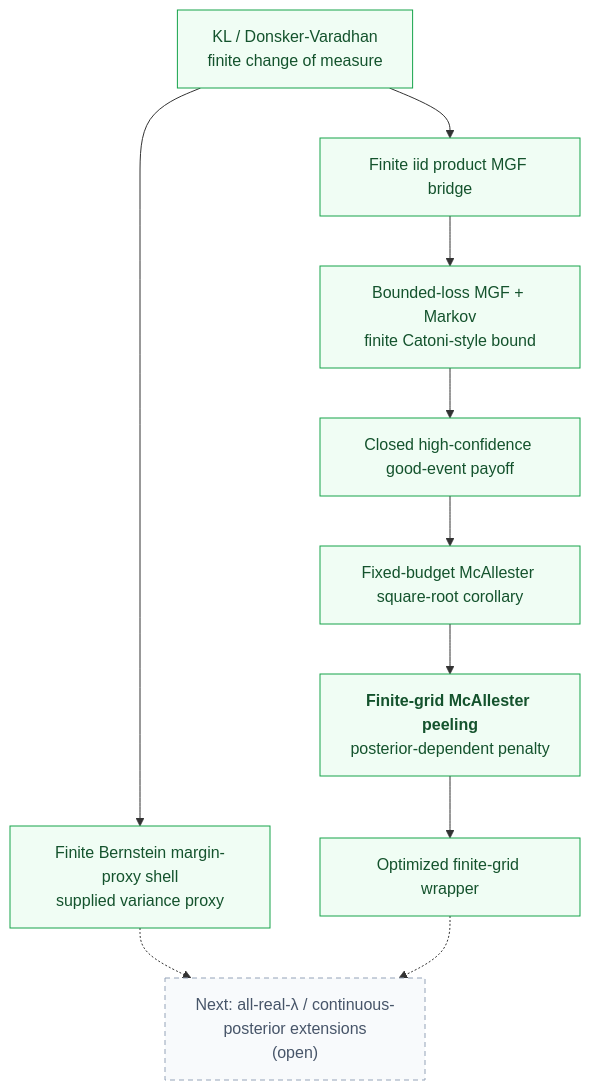
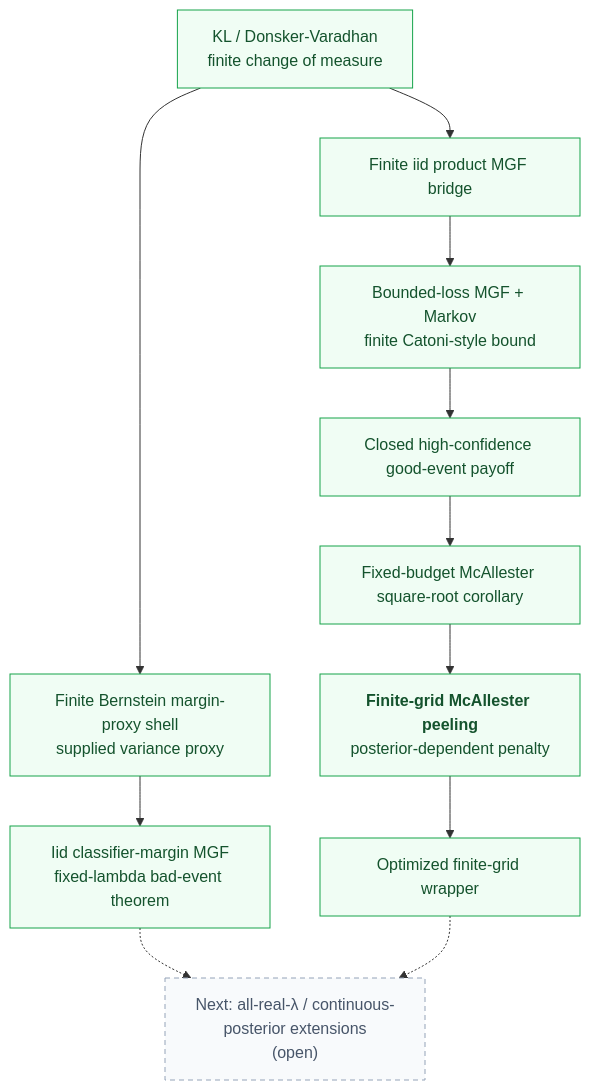
One commit to Robby955/FormalSLT changed the sixth of 7 diagrams in docs/diagrams.md. Above: the diagram before and after it, drawn with Mermaid. The commit also changed other lines of this file and 14 other files, not shown here.

````diff
--- a/docs/diagrams.md
+++ b/docs/diagrams.md
@@ -192,22 +192,23 @@
 ```mermaid
 flowchart TD
     kl["KL / Donsker-Varadhan<br/>finite change of measure"]
     mgf["Finite iid product MGF bridge"]
     catoni["Bounded-loss MGF + Markov<br/>finite Catoni-style bound"]
     payoff["Closed high-confidence good-event payoff"]
     fixed["Fixed-budget McAllester square-root corollary"]
     peeling["<b>Finite-grid McAllester peeling</b><br/>posterior-dependent penalty"]
     optimized["Optimized finite-grid wrapper"]
     bernstein["Finite Bernstein margin-proxy shell<br/>supplied variance proxy"]
+    margin["Iid classifier-margin MGF<br/>fixed-lambda bad-event theorem"]
     future["Next: all-real-λ / continuous-posterior extensions<br/>(open)"]
 
     kl --> mgf --> catoni --> payoff --> fixed --> peeling --> optimized
-    kl --> bernstein
-    bernstein -.-> future
+    kl --> bernstein --> margin
+    margin -.-> future
     optimized -.-> future
 
     classDef verified fill:#f0fdf4,stroke:#16a34a,color:#14532d;
     classDef future fill:#f8fafc,stroke:#94a3b8,color:#475569,stroke-dasharray: 5 4;
-    class kl,mgf,catoni,payoff,fixed,peeling,optimized,bernstein verified;
+    class kl,mgf,catoni,payoff,fixed,peeling,optimized,bernstein,margin verified;
     class future future;
 ```
````
